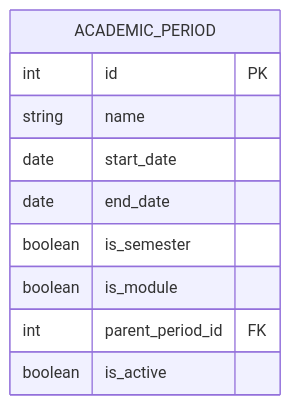
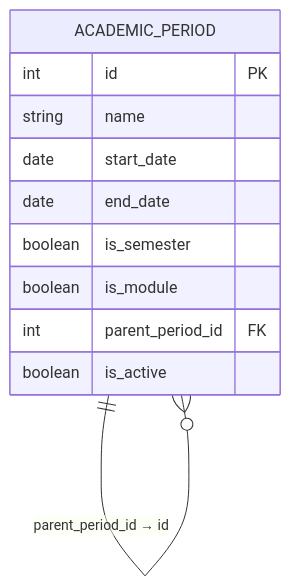
Before and after one commit to YuriSilenok/KPK_UP2_24-1P11: the diagram in S20/doc.md, drawn with Mermaid.

````diff
--- a/S20/doc.md
+++ b/S20/doc.md
@@ -118,13 +118,15 @@
 ```mermaid
 erDiagram
     ACADEMIC_PERIOD {
         int id PK
         string name
         date start_date
         date end_date
         boolean is_semester
         boolean is_module
         int parent_period_id FK
         boolean is_active
     }
+
+    ACADEMIC_PERIOD ||--o{ ACADEMIC_PERIOD : "parent_period_id → id"
 ```
````
